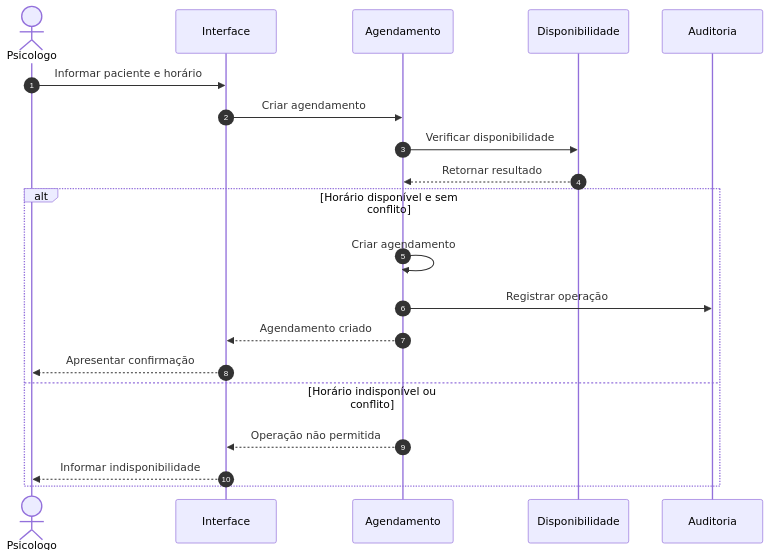
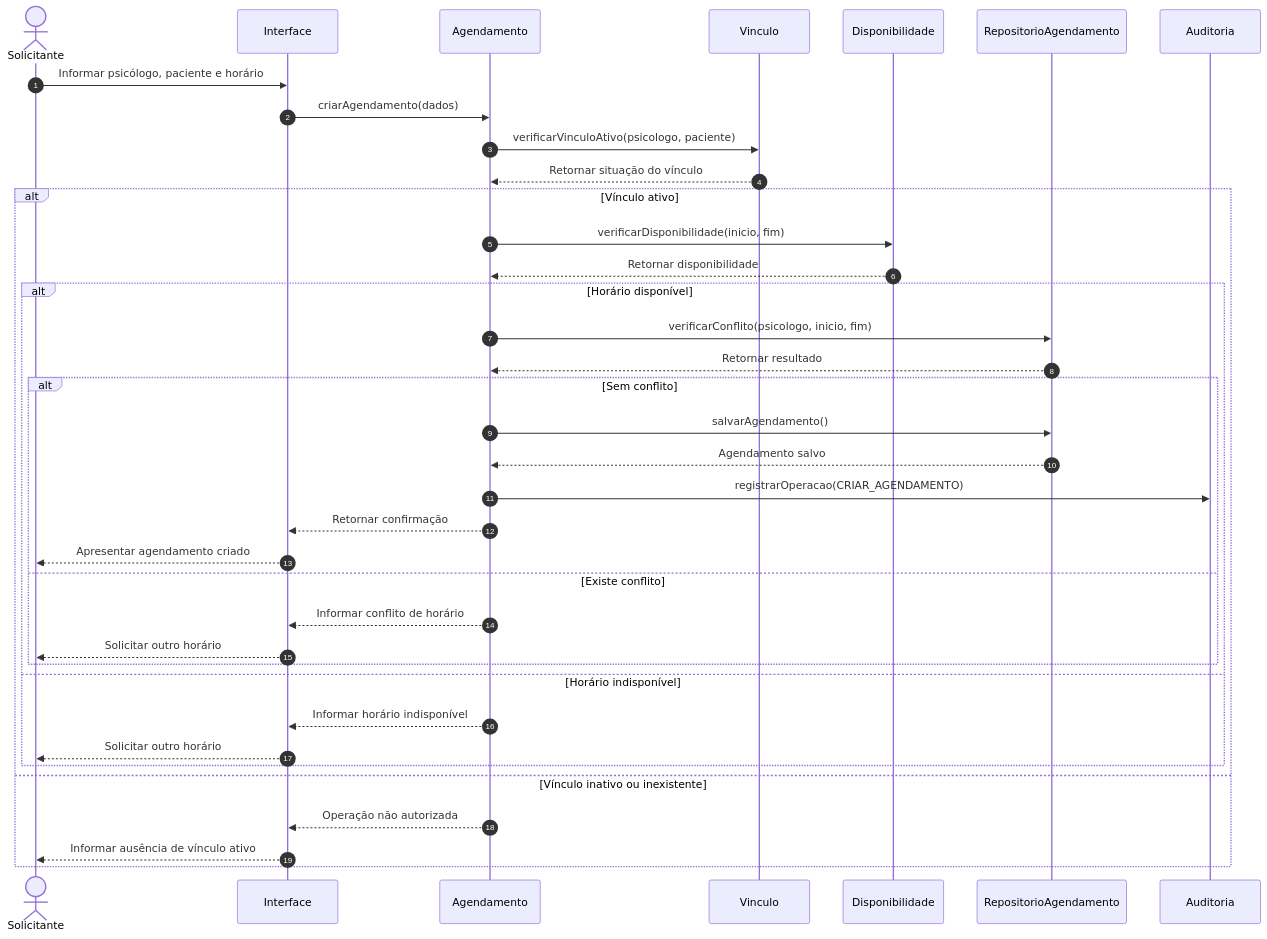
One commit to Icaro230307/AV3-PsiConnect changed the sixth of 14 diagrams in README.md. Above: the diagram before and after it, drawn with Mermaid. The commit also changed other lines of this file, not shown here.

````diff
--- a/README.md
+++ b/README.md
@@ -216,25 +434,47 @@
 ```mermaid
 sequenceDiagram
     autonumber
 
-    actor Psicologo
+    actor Solicitante
     participant Interface
     participant Agendamento
+    participant Vinculo
     participant Disponibilidade
+    participant RepositorioAgendamento
     participant Auditoria
 
-    Psicologo->>Interface: Informar paciente e horário
-    Interface->>Agendamento: Criar agendamento
-    Agendamento->>Disponibilidade: Verificar disponibilidade
-    Disponibilidade-->>Agendamento: Retornar resultado
+    Solicitante->>Interface: Informar psicólogo, paciente e horário
+    Interface->>Agendamento: criarAgendamento(dados)
 
-    alt Horário disponível e sem conflito
-        Agendamento->>Agendamento: Criar agendamento
-        Agendamento->>Auditoria: Registrar operação
-        Agendamento-->>Interface: Agendamento criado
-        Interface-->>Psicologo: Apresentar confirmação
-    else Horário indisponível ou conflito
-        Agendamento-->>Interface: Operação não permitida
-        Interface-->>Psicologo: Informar indisponibilidade
+    Agendamento->>Vinculo: verificarVinculoAtivo(psicologo, paciente)
+    Vinculo-->>Agendamento: Retornar situação do vínculo
+
+    alt Vínculo ativo
+        Agendamento->>Disponibilidade: verificarDisponibilidade(inicio, fim)
+        Disponibilidade-->>Agendamento: Retornar disponibilidade
+
+        alt Horário disponível
+            Agendamento->>RepositorioAgendamento: verificarConflito(psicologo, inicio, fim)
+            RepositorioAgendamento-->>Agendamento: Retornar resultado
+
+            alt Sem conflito
+                Agendamento->>RepositorioAgendamento: salvarAgendamento()
+                RepositorioAgendamento-->>Agendamento: Agendamento salvo
+                Agendamento->>Auditoria: registrarOperacao(CRIAR_AGENDAMENTO)
+                Agendamento-->>Interface: Retornar confirmação
+                Interface-->>Solicitante: Apresentar agendamento criado
+            else Existe conflito
+                Agendamento-->>Interface: Informar conflito de horário
+                Interface-->>Solicitante: Solicitar outro horário
+            end
+
+        else Horário indisponível
+            Agendamento-->>Interface: Informar horário indisponível
+            Interface-->>Solicitante: Solicitar outro horário
+        end
+
+    else Vínculo inativo ou inexistente
+        Agendamento-->>Interface: Operação não autorizada
+        Interface-->>Solicitante: Informar ausência de vínculo ativo
     end
 ```
````
